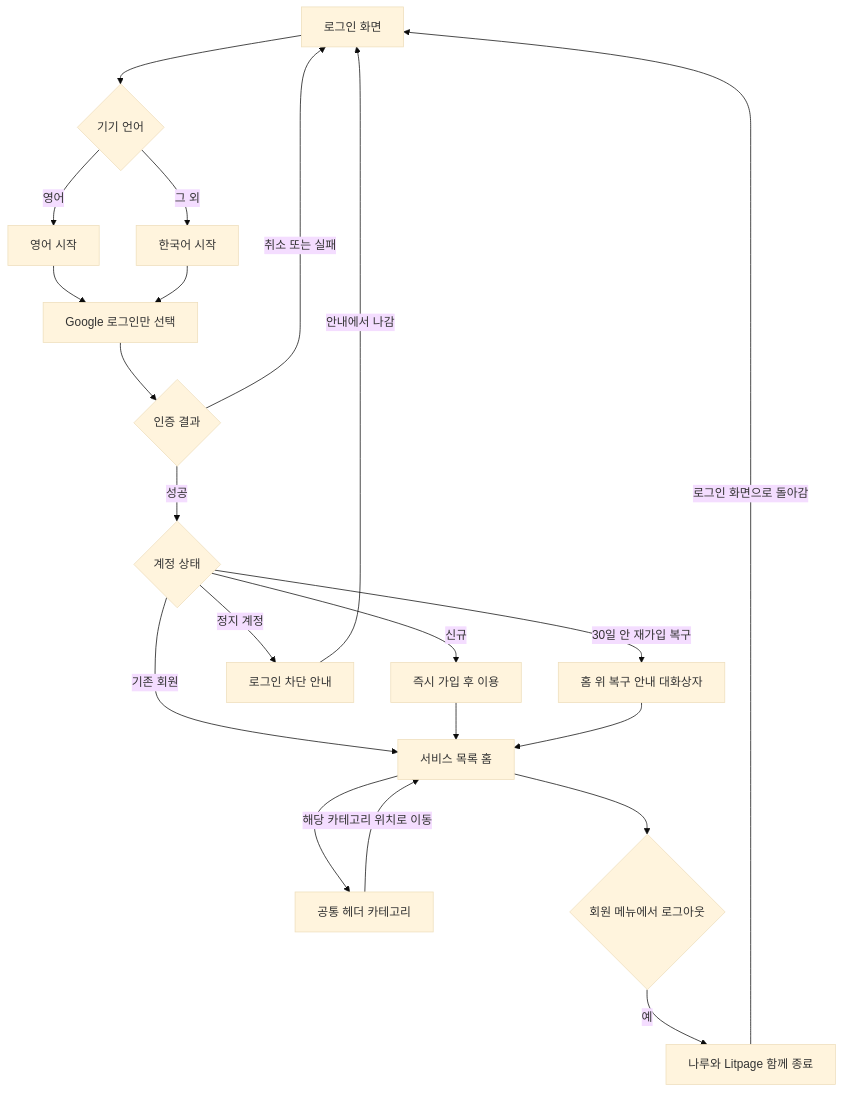
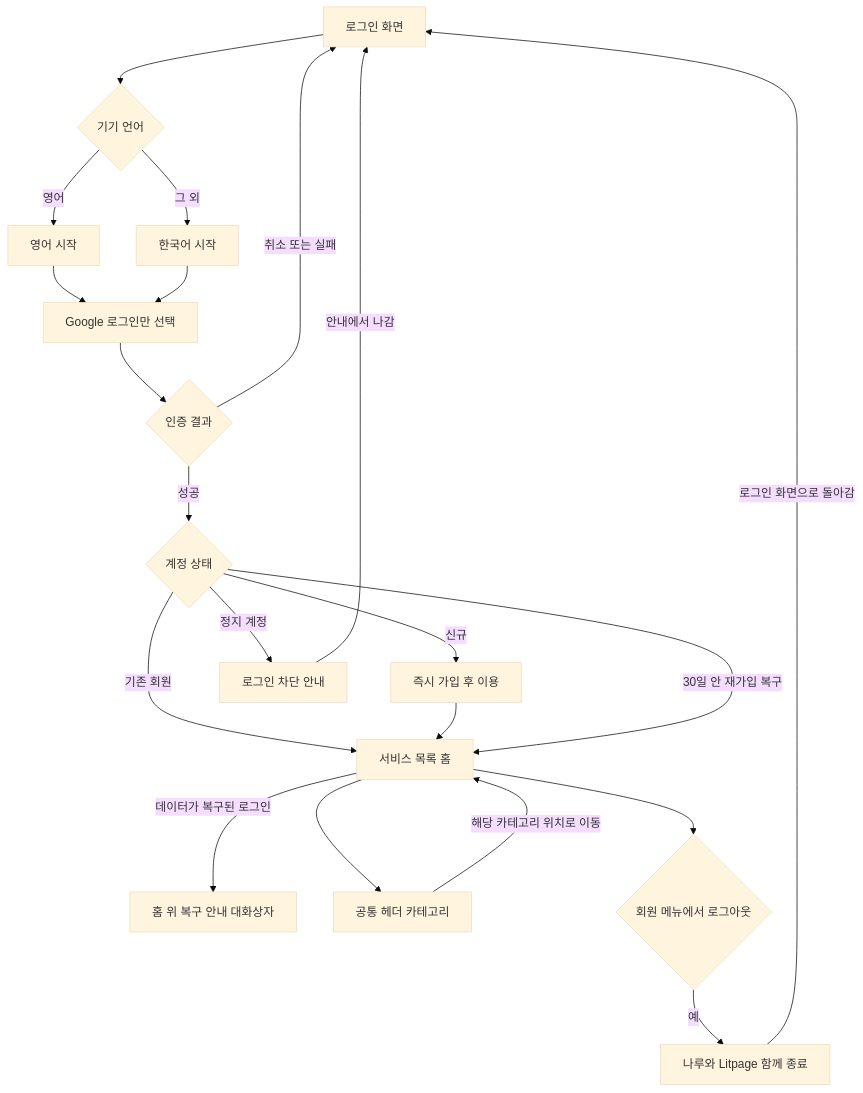
Before and after one commit to HoBaeBang/naruworks-platform: the first of 7 diagrams in docs/01-planning/user-flow/UF.md, drawn with Mermaid (base theme). The commit also changed other lines of this file and 20 other files, not shown here.

````diff
--- a/docs/01-planning/user-flow/UF.md
+++ b/docs/01-planning/user-flow/UF.md
@@ -62,23 +63,23 @@
 ```mermaid
 flowchart TD
   startNode["로그인 화면"] --> lang{"기기 언어"}
   lang -->|"영어"| enStart["영어 시작"]
   lang -->|"그 외"| koStart["한국어 시작"]
   enStart --> google["Google 로그인만 선택"]
   koStart --> google
   google --> auth{"인증 결과"}
   auth -->|"취소 또는 실패"| startNode
   auth -->|"성공"| account{"계정 상태"}
   account -->|"신규"| signup["즉시 가입 후 이용"]
   account -->|"기존 회원"| home["서비스 목록 홈"]
   account -->|"정지 계정"| blocked["로그인 차단 안내"]
   signup --> home
   blocked -->|"안내에서 나감"| startNode
-  account -->|"30일 안 재가입 복구"| restoreNotice["홈 위 복구 안내 대화상자"]
-  restoreNotice --> home
+  account -->|"30일 안 재가입 복구"| home
+  home -->|"데이터가 복구된 로그인"| restoreNotice["홈 위 복구 안내 대화상자"]
   home --> headerCat["공통 헤더 카테고리"]
   headerCat -->|"해당 카테고리 위치로 이동"| home
   home --> logout{"회원 메뉴에서 로그아웃"}
   logout -->|"예"| out["나루와 Litpage 함께 종료"]
   out -->|"로그인 화면으로 돌아감"| startNode
 ```
````
